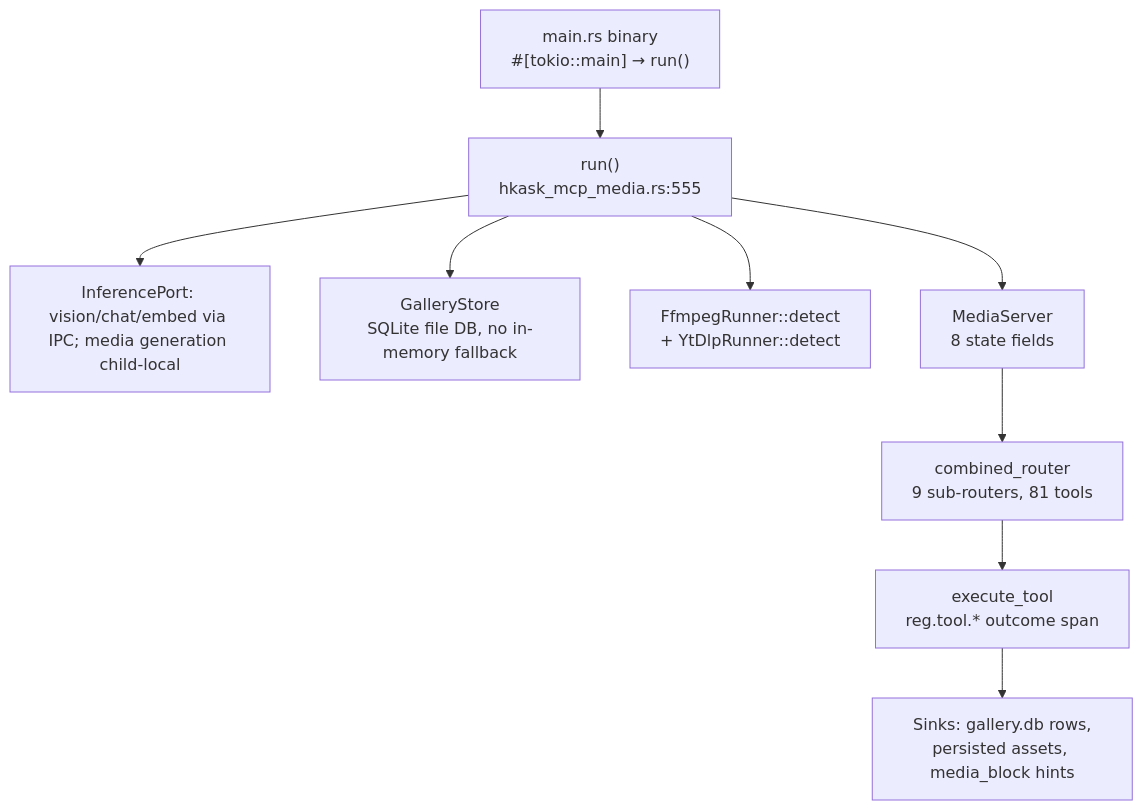
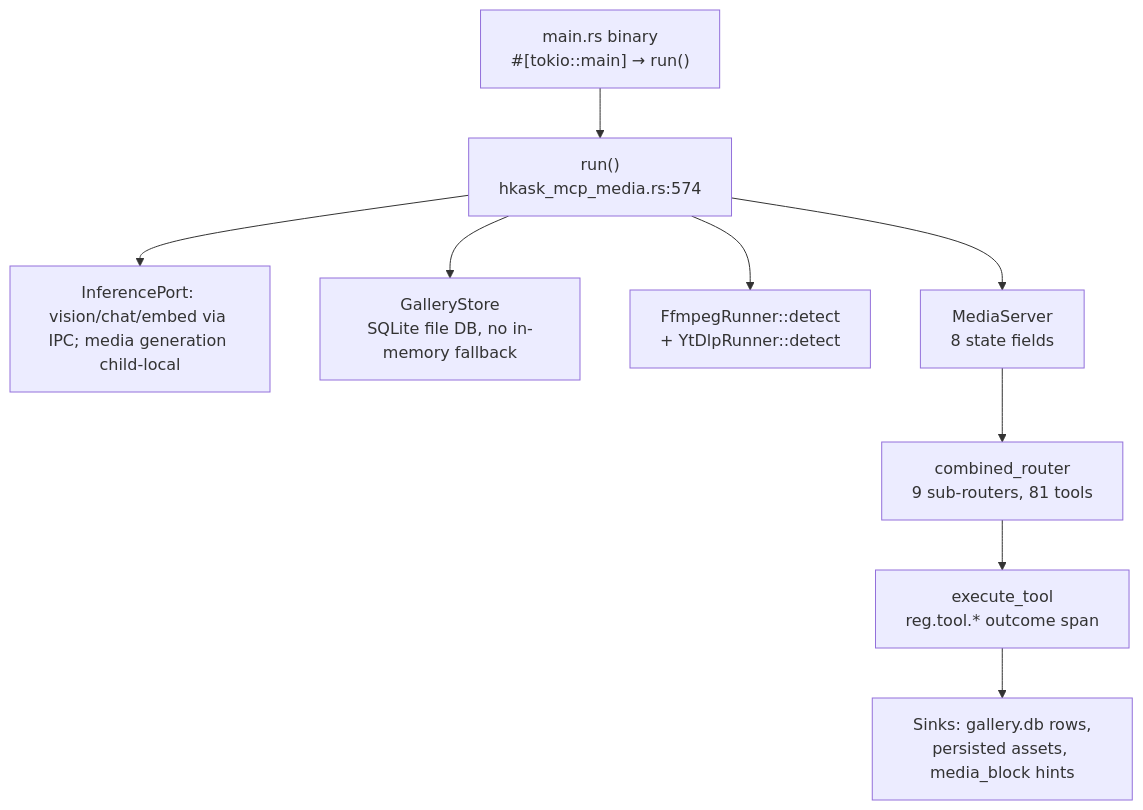
One commit to mdz-axo/zed-kask changed the diagram in kask/docs/reference/mcp-servers/media.md. Above: the diagram before and after it, drawn with Mermaid. The commit also changed other lines of this file and 5 other files, not shown here.

````diff
--- a/kask/docs/reference/mcp-servers/media.md
+++ b/kask/docs/reference/mcp-servers/media.md
@@ -24,21 +24,21 @@
 ```mermaid
 flowchart TD
     binary["main.rs binary<br/>#[tokio::main] → run()"]
-    run["run()<br/>hkask_mcp_media.rs:555"]
+    run["run()<br/>hkask_mcp_media.rs:574"]
     port["InferencePort: vision/chat/embed via IPC; media generation child-local"]
     db["GalleryStore<br/>SQLite file DB, no in-memory fallback"]
     ffmpeg["FfmpegRunner::detect<br/>+ YtDlpRunner::detect"]
     server["MediaServer<br/>8 state fields"]
     router["combined_router<br/>9 sub-routers, 81 tools"]
     dispatch["execute_tool<br/>reg.tool.* outcome span"]
     sinks["Sinks: gallery.db rows,<br/>persisted assets, media_block hints"]
 
     binary --> run
     run --> port
     run --> db
     run --> ffmpeg
     run --> server
     server --> router
     router --> dispatch
     dispatch --> sinks
 ```
````
